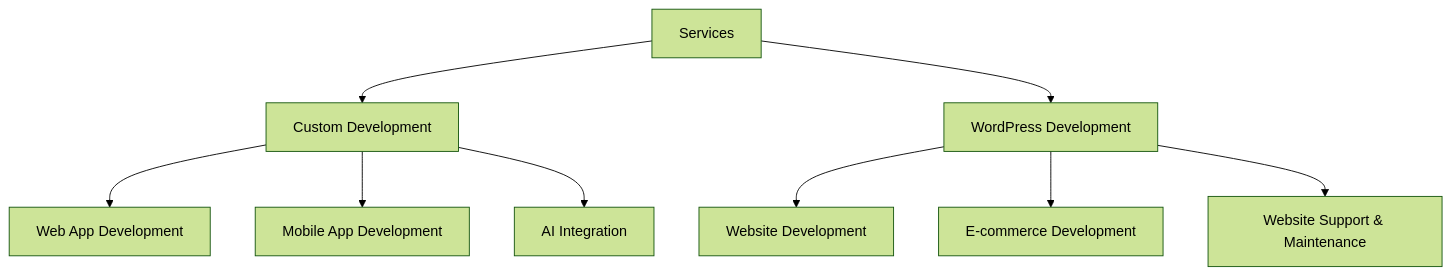
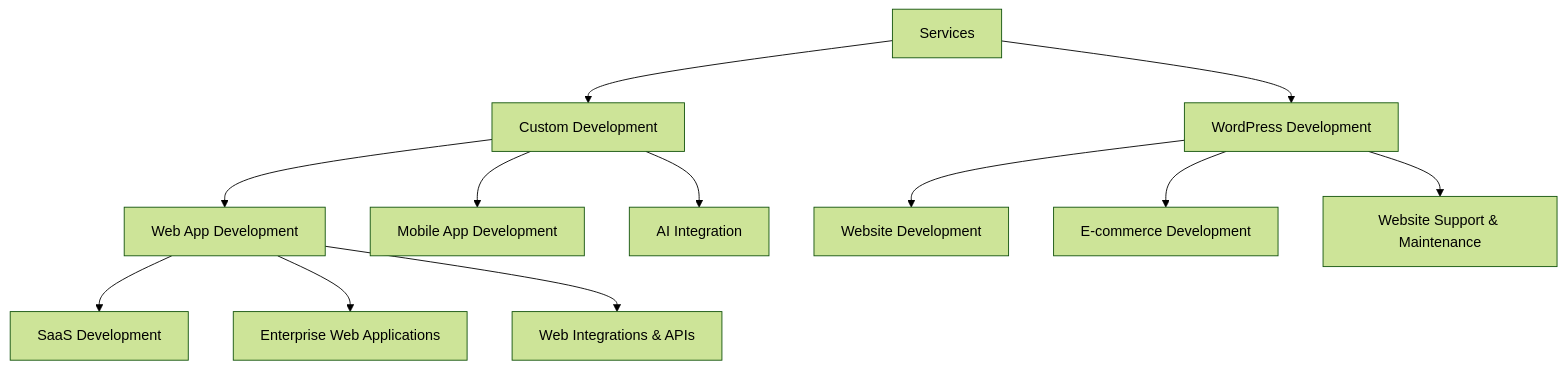
The diagram in profile/SERVICES.md (outsoarph/.github), drawn with Mermaid (forest theme) before and after one commit. The commit also changed other lines of this file, not shown here.

Commit message:
Add detailed descriptions for Web App Development services in SERVICES.md

````diff
--- a/profile/SERVICES.md
+++ b/profile/SERVICES.md
@@ -3,11 +3,14 @@
 ```mermaid
 flowchart TD
     A[Services] --> B[Custom Development]
     A --> C[WordPress Development]
     B --> D[Web App Development]
     B --> E[Mobile App Development]
     B --> F[AI Integration]
     C --> G[Website Development]
     C --> H[E-commerce Development]
     C --> I[Website Support & Maintenance]  
+    D --> J[SaaS Development]
+    D --> K[Enterprise Web Applications]
+    D --> L[Web Integrations & APIs]
 ```
````
